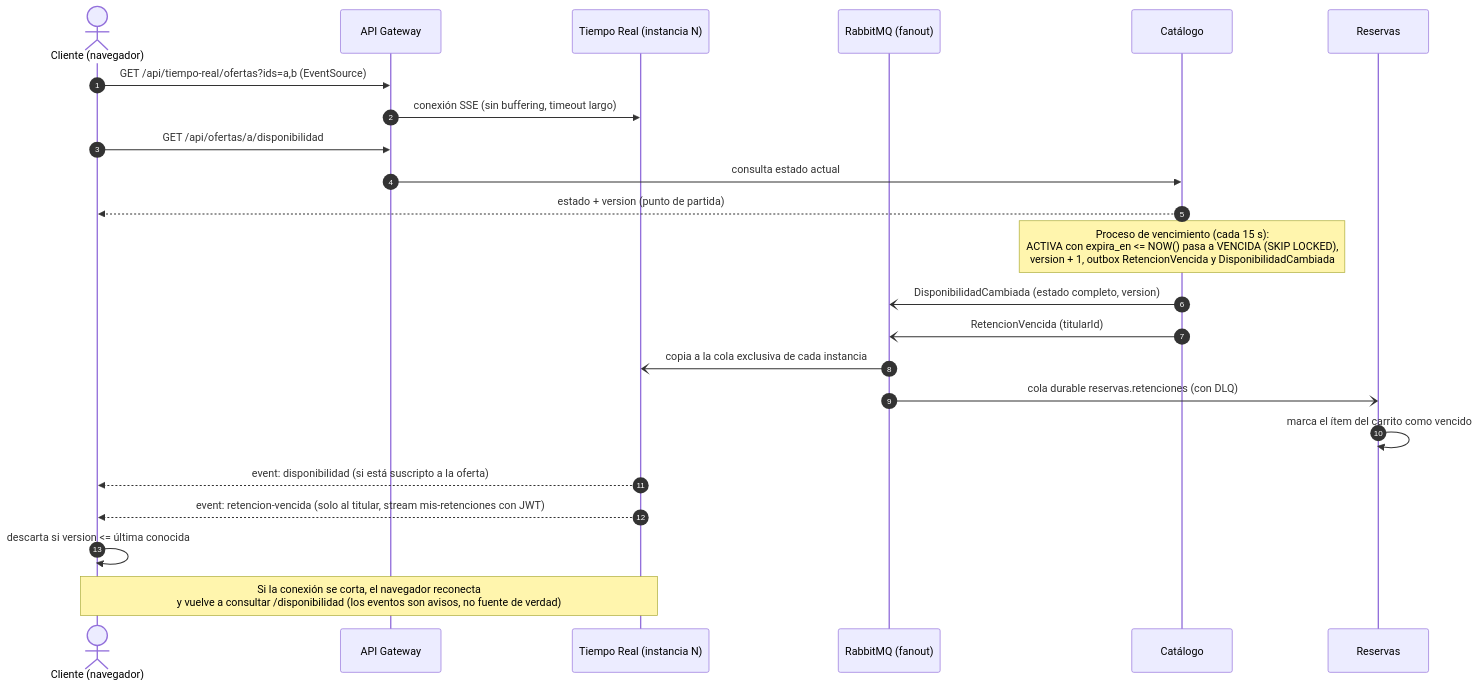
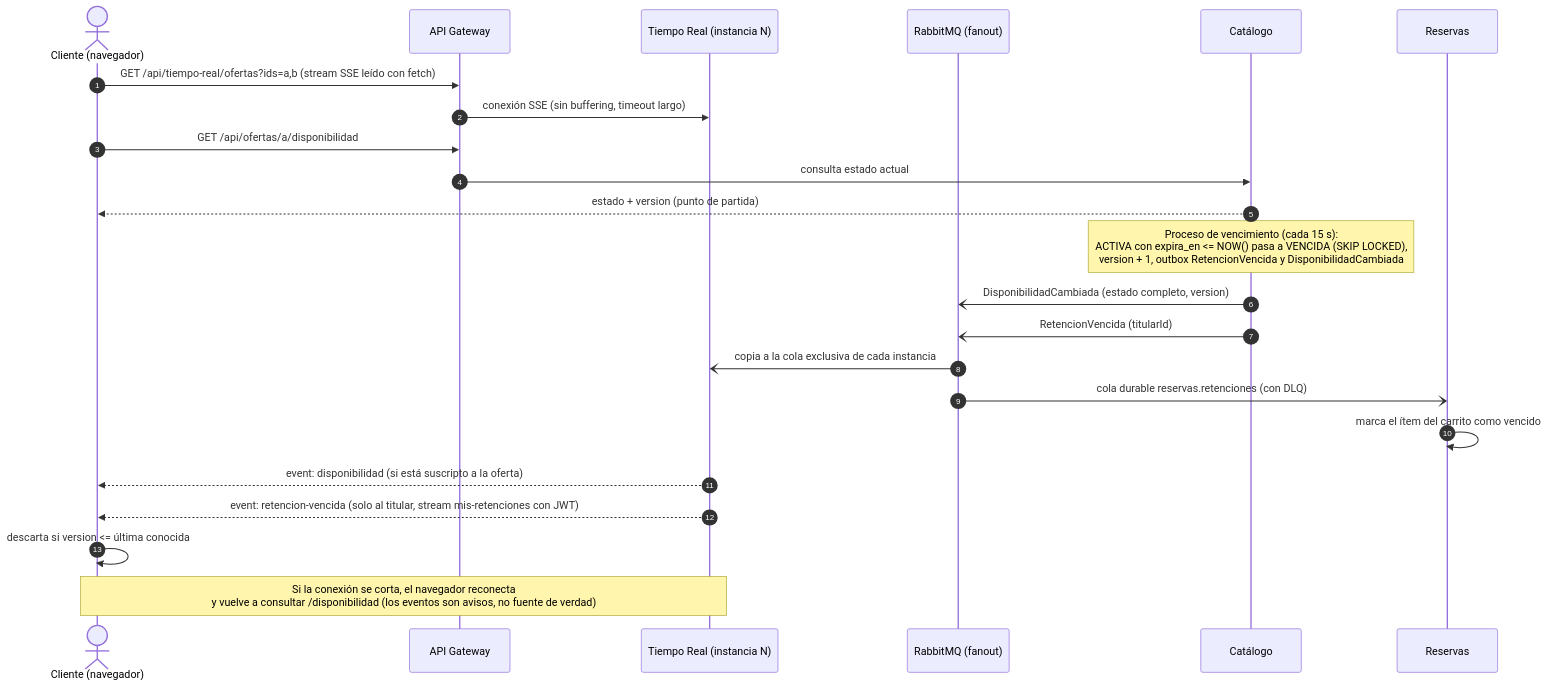
One commit to faqarri/Arquitectura-de-Software---TP-Final-Albizu-Arribillaga-Scaglia-Trucco changed the fifth of 5 diagrams in docs/ARCHITECTURE.md. Above: the diagram before and after it, drawn with Mermaid. The commit also changed other lines of this file and 38 other files, not shown here.

````diff
--- a/docs/ARCHITECTURE.md
+++ b/docs/ARCHITECTURE.md
@@ -203,28 +203,28 @@
 ```mermaid
 sequenceDiagram
     autonumber
     actor C as Cliente (navegador)
     participant GW as API Gateway
     participant TR as Tiempo Real (instancia N)
     participant MQ as RabbitMQ (fanout)
     participant CAT as Catálogo
     participant R as Reservas
 
-    C->>GW: GET /api/tiempo-real/ofertas?ids=a,b (EventSource)
+    C->>GW: GET /api/tiempo-real/ofertas?ids=a,b (stream SSE leído con fetch)
     GW->>TR: conexión SSE (sin buffering, timeout largo)
     C->>GW: GET /api/ofertas/a/disponibilidad
     GW->>CAT: consulta estado actual
     CAT-->>C: estado + version (punto de partida)
 
     Note over CAT: Proceso de vencimiento (cada 15 s):<br/>ACTIVA con expira_en <= NOW() pasa a VENCIDA (SKIP LOCKED),<br/>version + 1, outbox RetencionVencida y DisponibilidadCambiada
     CAT-)MQ: DisponibilidadCambiada (estado completo, version)
     CAT-)MQ: RetencionVencida (titularId)
     MQ-)TR: copia a la cola exclusiva de cada instancia
     MQ-)R: cola durable reservas.retenciones (con DLQ)
     R->>R: marca el ítem del carrito como vencido
     TR-->>C: event: disponibilidad (si está suscripto a la oferta)
     TR-->>C: event: retencion-vencida (solo al titular, stream mis-retenciones con JWT)
     C->>C: descarta si version <= última conocida
 
     Note over C,TR: Si la conexión se corta, el navegador reconecta<br/>y vuelve a consultar /disponibilidad (los eventos son avisos, no fuente de verdad)
 ```
````
